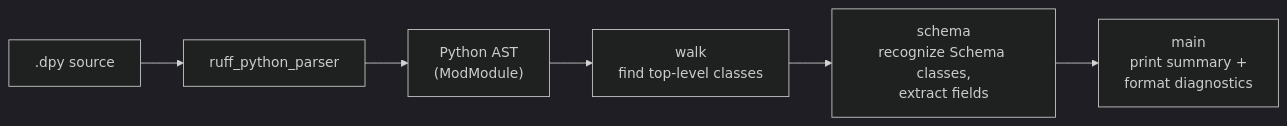
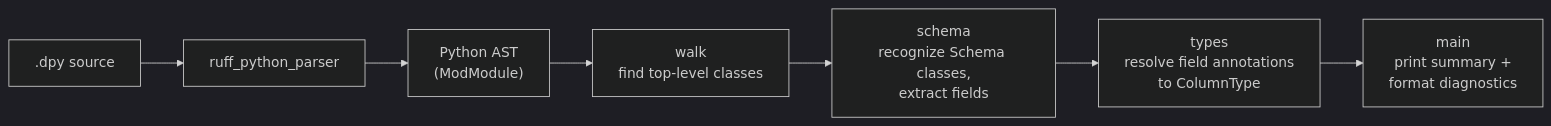
The diagram in docs/design/architecture.md (amirnaderi93/pykrete), drawn with Mermaid (dark theme) before and after one commit. The commit also changed other lines of this file and 4 other files, not shown here.

First line of the commit message:
Resolve schema field annotations to ColumnType

````diff
--- a/docs/design/architecture.md
+++ b/docs/design/architecture.md
@@ -7,8 +7,9 @@
 ```mermaid
 flowchart LR
     A[".dpy source"] --> B["ruff_python_parser"]
     B --> C["Python AST<br/>(ModModule)"]
     C --> D["walk<br/>find top-level classes"]
     D --> E["schema<br/>recognize Schema classes,<br/>extract fields"]
-    E --> F["main<br/>print summary +<br/>format diagnostics"]
+    E --> F["types<br/>resolve field annotations<br/>to ColumnType"]
+    F --> G["main<br/>print summary +<br/>format diagnostics"]
 ```
````
